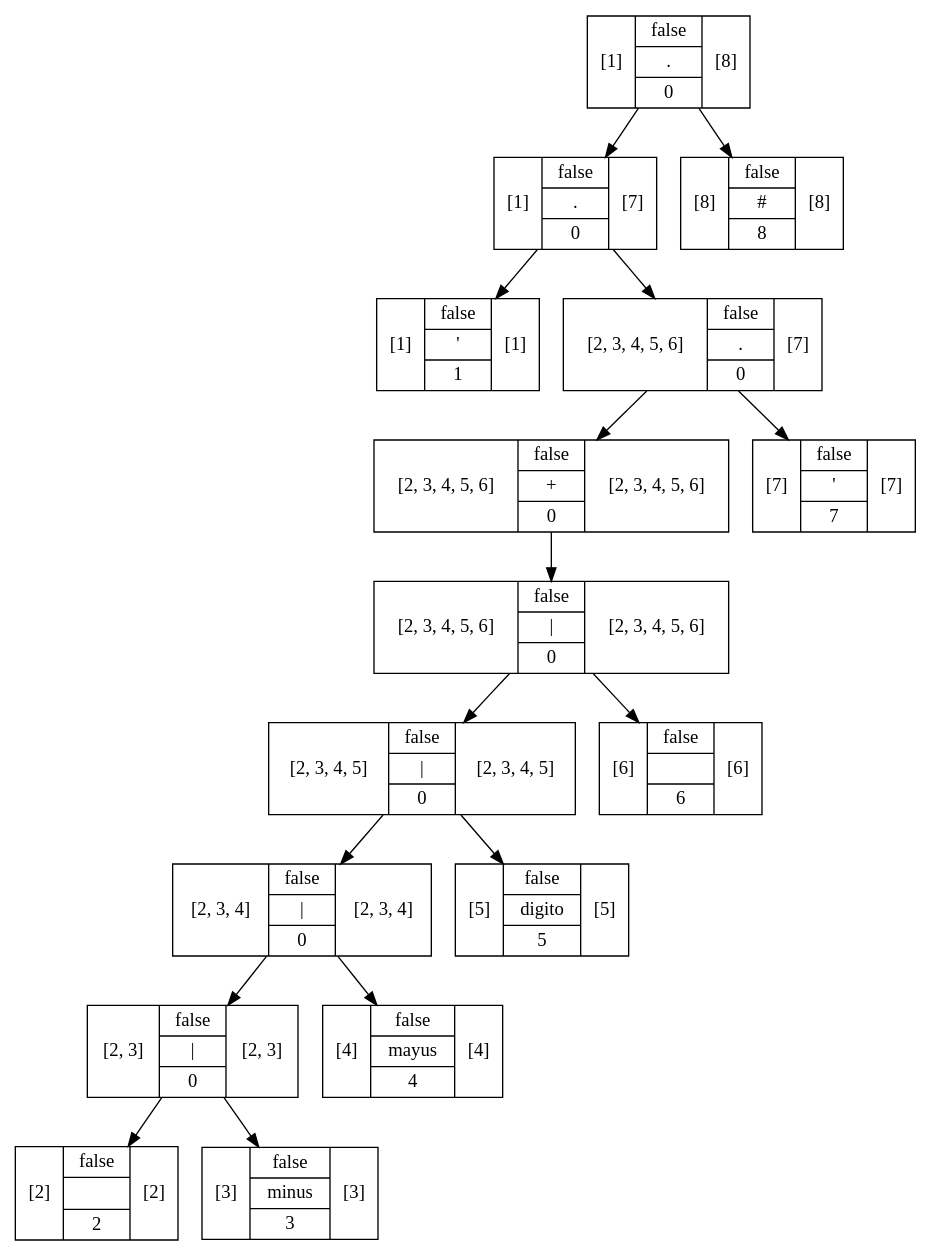
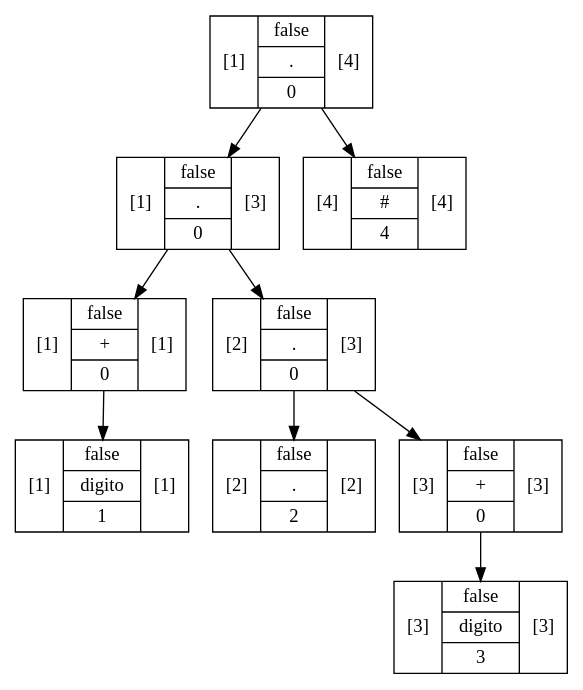
The diagram in out/production/Proyecto1/Graphviz/Arbol22.dot (RojasCJP/Proyecto1_Compi1), drawn with Graphviz before and after one commit. The commit also changed 465 other files, not shown here.

```diff
--- a/out/production/Proyecto1/Graphviz/Arbol22.dot
+++ b/out/production/Proyecto1/Graphviz/Arbol22.dot
@@ -1,33 +1,19 @@
 digraph structs {
-    node [shape=record];ArbolNodoMetodo38f2fab9[label="[1]|{false|{\'}|1}|[1]"];
-ArbolNodoMetodo3a1d2a27[label="[2]|{false|{\n}|2}|[2]"];
-ArbolNodoMetodo13aa2cdd[label="[3]|{false|{minus}|3}|[3]"];
-ArbolNodoMetodo2f7643fd[label="[2, 3]|{false|{\|}|0}|[2, 3]"];
-ArbolNodoMetodo2f7643fd -> ArbolNodoMetodo3a1d2a27;
-ArbolNodoMetodo2f7643fd -> ArbolNodoMetodo13aa2cdd;
-ArbolNodoMetodofe5398[label="[4]|{false|{mayus}|4}|[4]"];
-ArbolNodoMetodo53e11db2[label="[2, 3, 4]|{false|{\|}|0}|[2, 3, 4]"];
-ArbolNodoMetodo53e11db2 -> ArbolNodoMetodo2f7643fd;
-ArbolNodoMetodo53e11db2 -> ArbolNodoMetodofe5398;
-ArbolNodoMetodo11ef0fd7[label="[5]|{false|{digito}|5}|[5]"];
-ArbolNodoMetodoc1bcfbc[label="[2, 3, 4, 5]|{false|{\|}|0}|[2, 3, 4, 5]"];
-ArbolNodoMetodoc1bcfbc -> ArbolNodoMetodo53e11db2;
-ArbolNodoMetodoc1bcfbc -> ArbolNodoMetodo11ef0fd7;
-ArbolNodoMetodo7e0b2f34[label="[6]|{false|{ }|6}|[6]"];
-ArbolNodoMetodo25dcb1ca[label="[2, 3, 4, 5, 6]|{false|{\|}|0}|[2, 3, 4, 5, 6]"];
-ArbolNodoMetodo25dcb1ca -> ArbolNodoMetodoc1bcfbc;
-ArbolNodoMetodo25dcb1ca -> ArbolNodoMetodo7e0b2f34;
-ArbolNodoMetodo4c249311[label="[2, 3, 4, 5, 6]|{false|{+}|0}|[2, 3, 4, 5, 6]"];
-ArbolNodoMetodo4c249311 -> ArbolNodoMetodo25dcb1ca;
-ArbolNodoMetodo1e10d306[label="[7]|{false|{\'}|7}|[7]"];
-ArbolNodoMetodo39c52d7f[label="[2, 3, 4, 5, 6]|{false|{.}|0}|[7]"];
-ArbolNodoMetodo39c52d7f -> ArbolNodoMetodo4c249311;
-ArbolNodoMetodo39c52d7f -> ArbolNodoMetodo1e10d306;
-ArbolNodoMetodo7957896c[label="[1]|{false|{.}|0}|[7]"];
-ArbolNodoMetodo7957896c -> ArbolNodoMetodo38f2fab9;
-ArbolNodoMetodo7957896c -> ArbolNodoMetodo39c52d7f;
-ArbolNodoMetodo1183214c[label="[8]|{false|{#}|8}|[8]"];
-ArbolNodoMetodo9934899[label="[1]|{false|{.}|0}|[8]"];
-ArbolNodoMetodo9934899 -> ArbolNodoMetodo7957896c;
-ArbolNodoMetodo9934899 -> ArbolNodoMetodo1183214c;
+    node [shape=record];ArbolNodoMetodo4f8d8f1e[label="[1]|{false|{digito}|1}|[1]"];
+ArbolNodoMetodo1d43124[label="[1]|{false|{+}|0}|[1]"];
+ArbolNodoMetodo1d43124 -> ArbolNodoMetodo4f8d8f1e;
+ArbolNodoMetodo3cc05d82[label="[2]|{false|{.}|2}|[2]"];
+ArbolNodoMetodo5479b9bc[label="[3]|{false|{digito}|3}|[3]"];
+ArbolNodoMetodo772f2952[label="[3]|{false|{+}|0}|[3]"];
+ArbolNodoMetodo772f2952 -> ArbolNodoMetodo5479b9bc;
+ArbolNodoMetodo57526b82[label="[2]|{false|{.}|0}|[3]"];
+ArbolNodoMetodo57526b82 -> ArbolNodoMetodo3cc05d82;
+ArbolNodoMetodo57526b82 -> ArbolNodoMetodo772f2952;
+ArbolNodoMetodo69c000a7[label="[1]|{false|{.}|0}|[3]"];
+ArbolNodoMetodo69c000a7 -> ArbolNodoMetodo1d43124;
+ArbolNodoMetodo69c000a7 -> ArbolNodoMetodo57526b82;
+ArbolNodoMetodo706df07a[label="[4]|{false|{#}|4}|[4]"];
+ArbolNodoMetodo7e06329c[label="[1]|{false|{.}|0}|[4]"];
+ArbolNodoMetodo7e06329c -> ArbolNodoMetodo69c000a7;
+ArbolNodoMetodo7e06329c -> ArbolNodoMetodo706df07a;
 }
```
